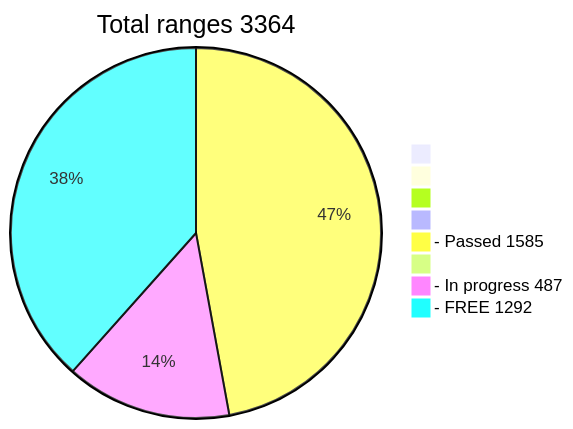
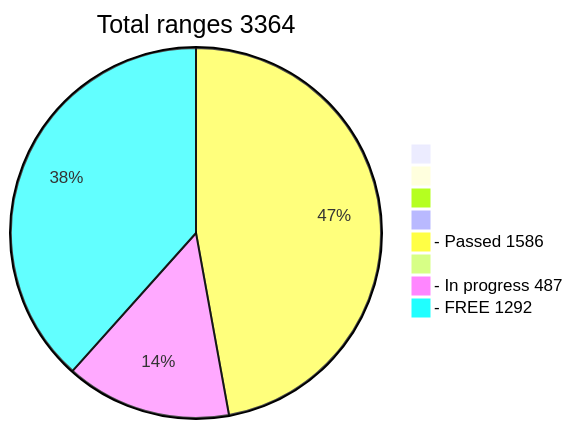
One commit to phrutis/wif500 changed the diagram in README.md. Above: the diagram before and after it, drawn with Mermaid.

````diff
--- a/README.md
+++ b/README.md
@@ -16,12 +16,12 @@
 ```mermaid
 pie title Total ranges 3364
              " " : 0
             "  " : 0
            "   " : 0
           "    " : 0
-  "- Passed 1585" : 1585
+  "- Passed 1586" : 1586
          "     " : 0
   "- In progress 487" : 487
-   "- FREE 1292" : 1292
+   "- FREE 1292" : 1291
    
 ```
````
